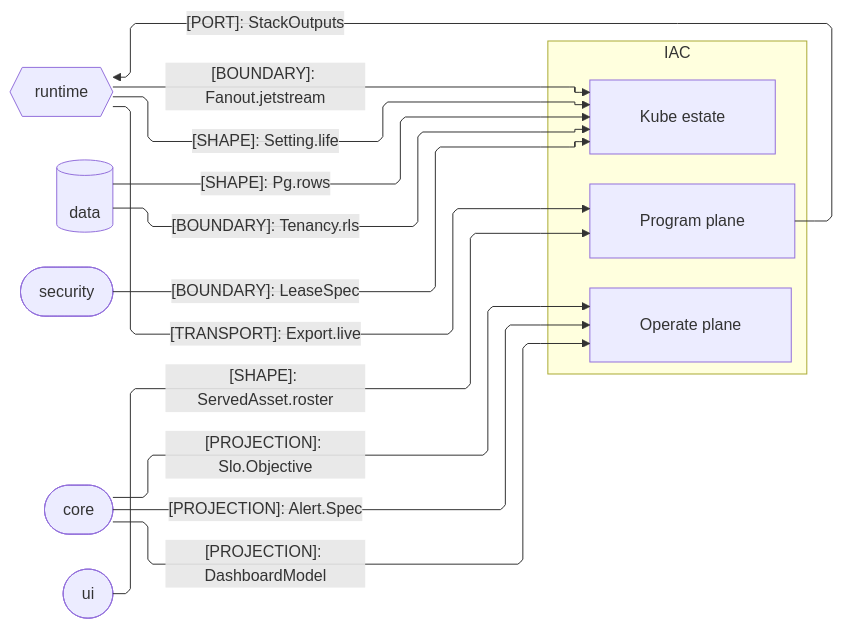
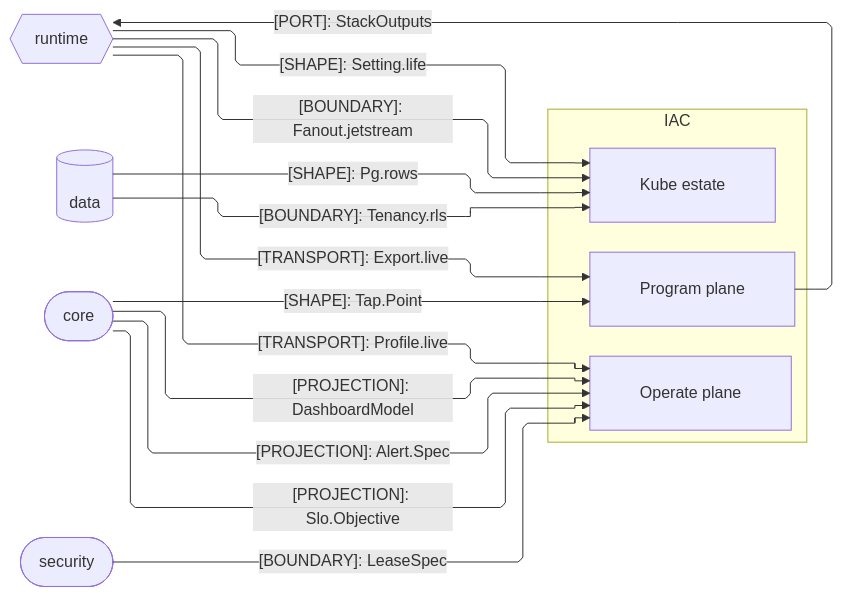
Before and after one commit to bsamiee/Rasm: the second of 2 diagrams in libs/typescript/iac/ARCHITECTURE.md, drawn with Mermaid. The commit also changed other lines of this file and 124 other files, not shown here.

First line of the commit message:
planning registries: ARCHITECTURE/README/IDEAS/TASKLOG/RULINGS + csproj, campaign-method, CLAUDE.md

````diff
--- a/libs/typescript/iac/ARCHITECTURE.md
+++ b/libs/typescript/iac/ARCHITECTURE.md
@@ -76,33 +77,33 @@
 ```mermaid
 ---
 config:
   layout: elk
   flowchart:
     curve: linear
     padding: 25
 ---
 flowchart LR
     accTitle: IaC package seam registry
-    accDescr: IaC plane owners exchanging stack outputs, data-plane shapes, lifecycle posture, leased secrets, served-asset identities, and observability projections with the runtime, data, security, core, and ui packages, one labeled edge per contract family.
+    accDescr: IaC plane owners exchanging stack outputs, data-plane shapes, lifecycle posture, board packs, observability projections, and lease custody with runtime, data, core, and security packages, one labeled edge per landed contract family.
     subgraph iac[IAC]
         Program[Program plane]
         Operate[Operate plane]
         Kube[Kube estate]
     end
     Runtime{{runtime}}
     Data[(data)]
+    Core([core])
     Security([security])
-    Core([core])
-    Ui([ui])
     Program e1@-->|"[PORT]: StackOutputs"| Runtime
     Data e2@-->|"[SHAPE]: Pg.rows"| Kube
     Data e3@-->|"[BOUNDARY]: Tenancy.rls"| Kube
     Runtime e4@-->|"[BOUNDARY]: Fanout.jetstream"| Kube
     Runtime e5@-->|"[SHAPE]: Setting.life"| Kube
-    Security e6@-->|"[BOUNDARY]: LeaseSpec"| Kube
     Core e7@-->|"[PROJECTION]: DashboardModel"| Operate
     Core e8@-->|"[PROJECTION]: Alert.Spec"| Operate
     Core e9@-->|"[PROJECTION]: Slo.Objective"| Operate
     Runtime e10@-->|"[TRANSPORT]: Export.live"| Program
-    Ui e11@-->|"[SHAPE]: ServedAsset.roster"| Program
+    Runtime e11@-->|"[TRANSPORT]: Profile.live"| Operate
+    Core e12@-->|"[SHAPE]: Tap.Point"| Program
+    Security e13@-->|"[BOUNDARY]: LeaseSpec"| Operate
 ```
````
